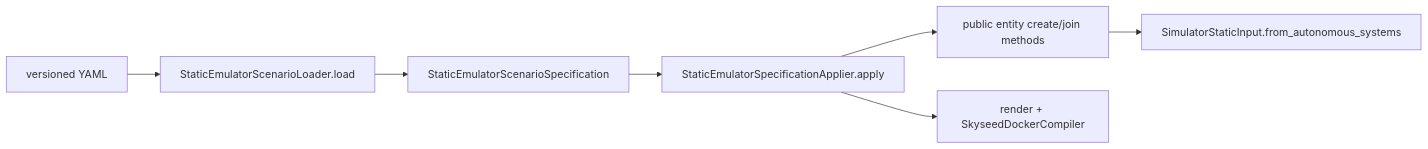
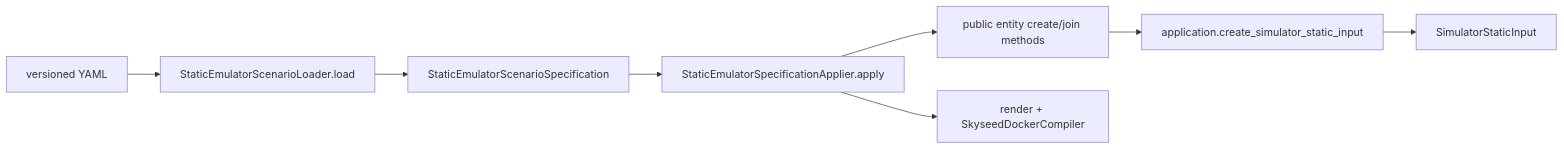
Before and after one commit to seed-labs/skyseed: the third of 4 diagrams in skyseed_v2/docs/architecture/emulator-public-construction-api.md, drawn with Mermaid. The commit also changed other lines of this file and 47 other files, not shown here.

Commit message:
Keep Simulator static inputs independent from Emulator integration

````diff
--- a/skyseed_v2/docs/architecture/emulator-public-construction-api.md
+++ b/skyseed_v2/docs/architecture/emulator-public-construction-api.md
@@ -101,9 +107,10 @@
 ```mermaid
 flowchart LR
     Y[versioned YAML] --> L[StaticEmulatorScenarioLoader.load]
     L --> S[StaticEmulatorScenarioSpecification]
     S --> A[StaticEmulatorSpecificationApplier.apply]
     A --> E[public entity create/join methods]
-    E --> I[SimulatorStaticInput.from_autonomous_systems]
+    E --> F[application.create_simulator_static_input]
+    F --> I[SimulatorStaticInput]
     A --> C[render + SkyseedDockerCompiler]
 ```
````
